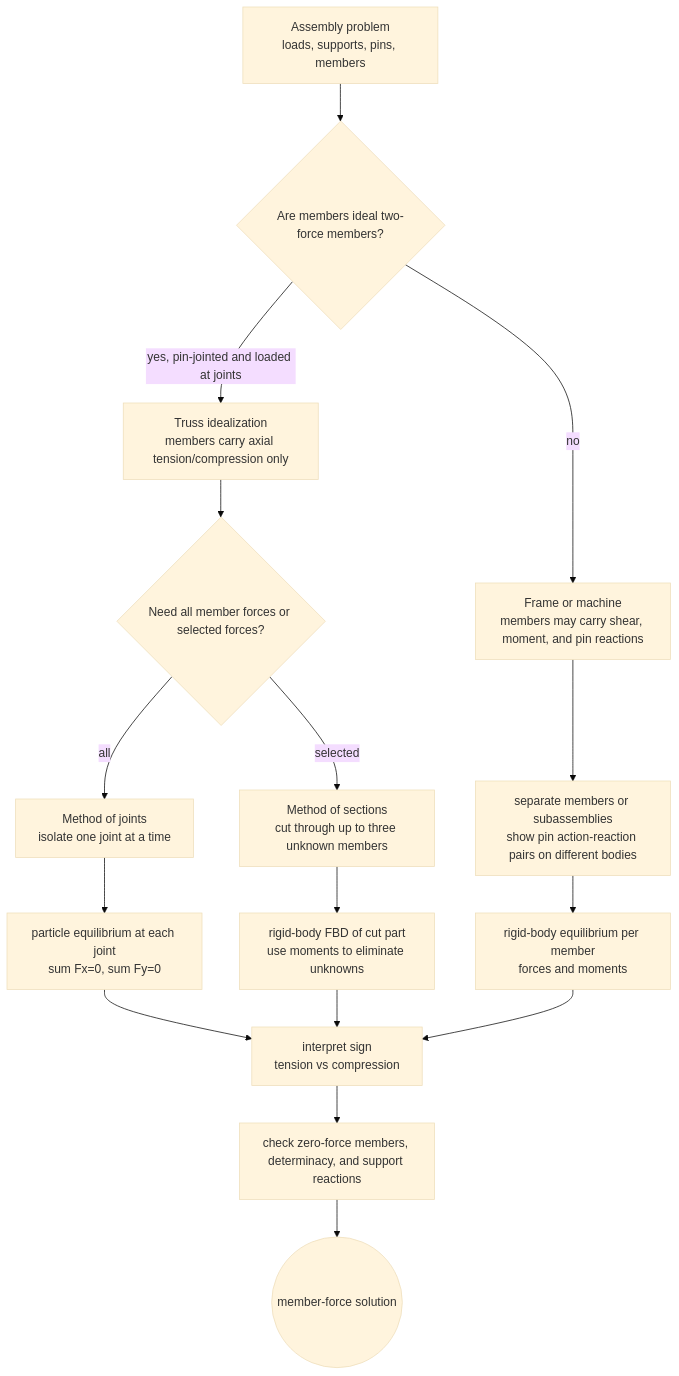
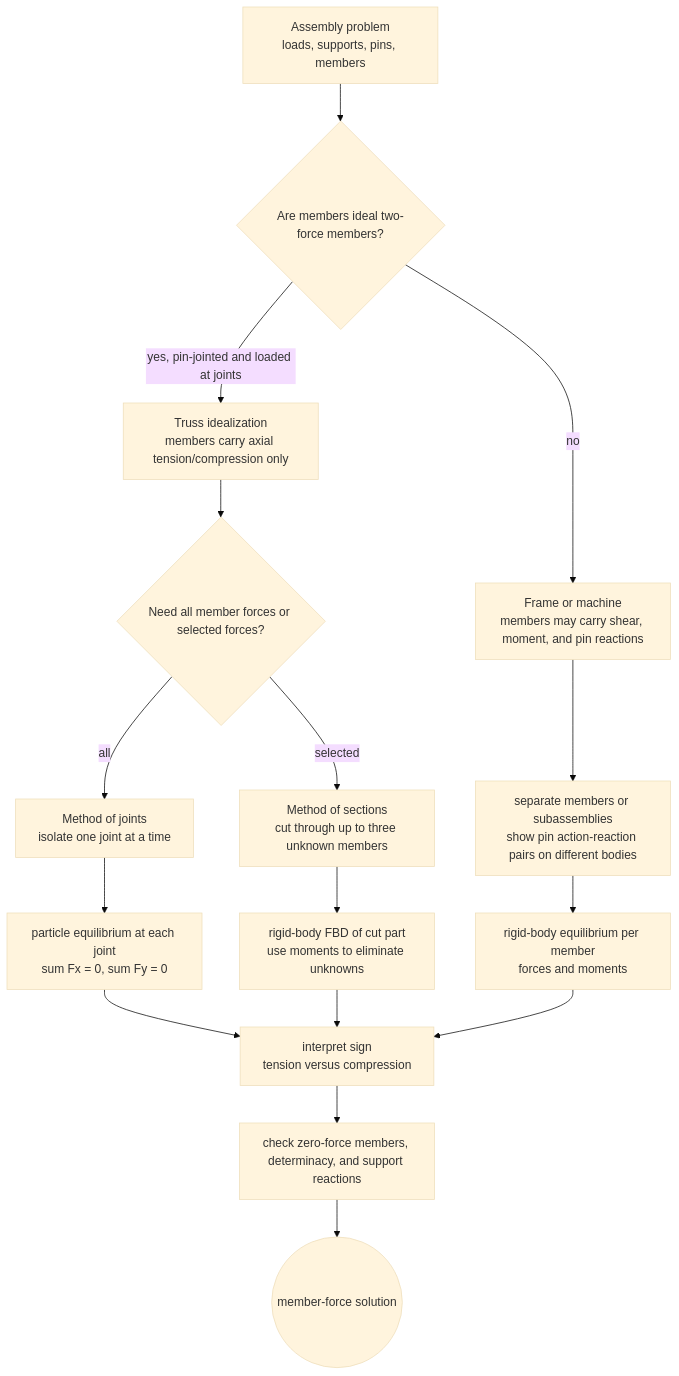
Before and after one commit to justinbrianhwang/SJ-wiki: the diagram in docs/physics/mechanics/trusses-frames-machines.md, drawn with Mermaid (base theme). The commit also changed other lines of this file and 955 other files, not shown here.

````diff
--- a/docs/physics/mechanics/trusses-frames-machines.md
+++ b/docs/physics/mechanics/trusses-frames-machines.md
@@ -75,20 +25,20 @@
 ```mermaid
 flowchart TD
   Assembly["Assembly problem<br/>loads, supports, pins, members"] --> Idealize{"Are members ideal two-force members?"}
   Idealize -- "yes, pin-jointed and loaded at joints" --> Truss["Truss idealization<br/>members carry axial tension/compression only"]
   Idealize -- "no" --> Frame["Frame or machine<br/>members may carry shear, moment, and pin reactions"]
 
   Truss --> Need{"Need all member forces or selected forces?"}
   Need -- "all" --> Joints["Method of joints<br/>isolate one joint at a time"]
   Need -- "selected" --> Sections["Method of sections<br/>cut through up to three unknown members"]
-  Joints --> JointEq["particle equilibrium at each joint<br/>sum Fx=0, sum Fy=0"]
+  Joints --> JointEq["particle equilibrium at each joint<br/>sum Fx = 0, sum Fy = 0"]
   Sections --> CutFBD["rigid-body FBD of cut part<br/>use moments to eliminate unknowns"]
 
   Frame --> Separate["separate members or subassemblies<br/>show pin action-reaction pairs on different bodies"]
   Separate --> MemberEq["rigid-body equilibrium per member<br/>forces and moments"]
-  JointEq --> Interpret["interpret sign<br/>tension vs compression"]
+  JointEq --> Interpret["interpret sign<br/>tension versus compression"]
   CutFBD --> Interpret
   MemberEq --> Interpret
   Interpret --> Check["check zero-force members, determinacy, and support reactions"]
   Check --> Result(("member-force solution"))
 ```
````
